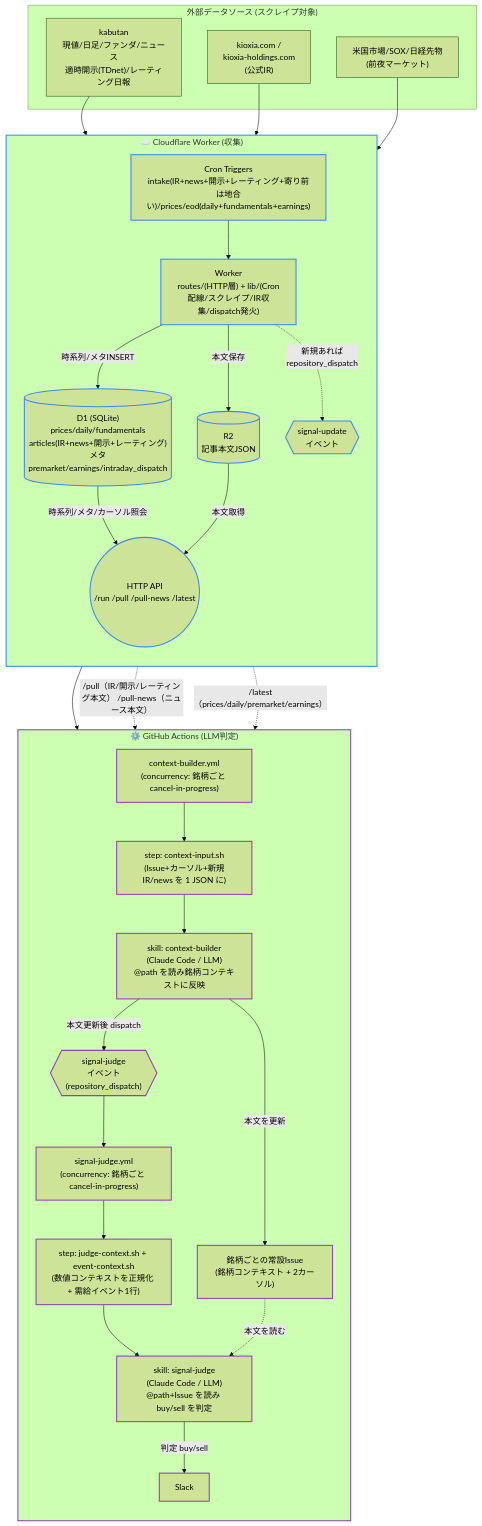
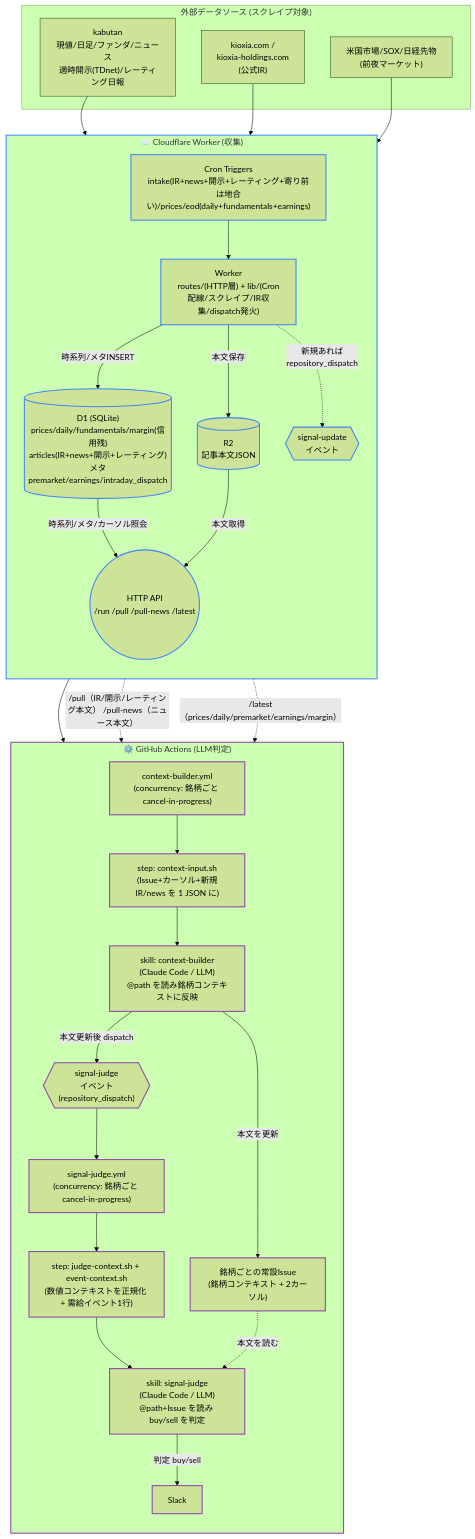
One commit to omni-stove/stock-signals changed the first of 2 diagrams in README.md. Above: the diagram before and after it, drawn with Mermaid (forest theme). The commit also changed other lines of this file and 11 other files, not shown here.

````diff
--- a/README.md
+++ b/README.md
@@ -34,62 +34,62 @@
 ```mermaid
 flowchart TB
     subgraph EXT["外部データソース (スクレイプ対象)"]
         KABUTAN["kabutan<br/>現値/日足/ファンダ/ニュース<br/>適時開示(TDnet)/レーティング日報"]
         KIOXIA["kioxia.com /<br/>kioxia-holdings.com<br/>(公式IR)"]
         MARKET["米国市場/SOX/日経先物<br/>(前夜マーケット)"]
     end
 
     subgraph CLOUD["☁️ Cloudflare Worker (収集)"]
         direction TB
         CRON_CF["Cron Triggers<br/>intake(IR+news+開示+レーティング+寄り前は地合い)/prices/eod(daily+fundamentals+earnings)"]
         WORKER["Worker<br/>routes/(HTTP層) + lib/(Cron配線/スクレイプ/IR収集/dispatch発火)"]
-        D1[("D1 (SQLite)<br/>prices/daily/fundamentals<br/>articles(IR+news+開示+レーティング)メタ<br/>premarket/earnings/intraday_dispatch")]
+        D1[("D1 (SQLite)<br/>prices/daily/fundamentals/margin(信用残)<br/>articles(IR+news+開示+レーティング)メタ<br/>premarket/earnings/intraday_dispatch")]
         R2[("R2<br/>記事本文JSON")]
         API((HTTP API<br/>/run /pull /pull-news /latest))
         CRON_CF --> WORKER
         WORKER -->|時系列/メタINSERT| D1
         WORKER -->|本文保存| R2
         D1 -->|時系列/メタ/カーソル照会| API
         R2 -->|本文取得| API
         WORKER -.->|新規あれば<br/>repository_dispatch| DISPATCH{{"signal-update<br/>イベント"}}
     end
 
     subgraph GHA["⚙️ GitHub Actions (LLM判定)"]
         direction TB
         CTXWF["context-builder.yml<br/>(concurrency: 銘柄ごと cancel-in-progress)"]
         CTXIN["step: context-input.sh<br/>(Issue+カーソル+新規IR/news を 1 JSON に)"]
         CTXSKILL["skill: context-builder<br/>(Claude Code / LLM)<br/>@path を読み銘柄コンテキストに反映"]
         JUDGEDISP{{"signal-judge<br/>イベント<br/>(repository_dispatch)"}}
         JUDGEWF["signal-judge.yml<br/>(concurrency: 銘柄ごと cancel-in-progress)"]
         JUDGECTX["step: judge-context.sh + event-context.sh<br/>(数値コンテキストを正規化 + 需給イベント1行)"]
         JUDGESKILL["skill: signal-judge<br/>(Claude Code / LLM)<br/>@path+Issue を読み buy/sell を判定"]
         ISSUE["銘柄ごとの常設Issue<br/>(銘柄コンテキスト + 2カーソル)"]
         SLACK["Slack"]
         CTXWF --> CTXIN --> CTXSKILL -->|本文を更新| ISSUE
         CTXSKILL -->|本文更新後 dispatch| JUDGEDISP --> JUDGEWF --> JUDGECTX --> JUDGESKILL
         ISSUE -.->|本文を読む| JUDGESKILL
         JUDGESKILL -->|判定 buy/sell| SLACK
     end
 
     %% 外部 → 収集
     KABUTAN --> WORKER
     KIOXIA --> WORKER
     MARKET --> WORKER
 
     %% subgraph を縦に固定 (不可視リンク: subgraph 単位で上下を強制)
     EXT ~~~ CLOUD
     CLOUD ~~~ GHA
 
     %% Worker → Actions
     DISPATCH --> CTXWF
 
     %% Actions → Worker (材料引きは workflow step が代行し skill へ @path で渡す)
     %% 縦積みを崩さぬよう横断する戻り参照は破線 (重み低)
     API -.->|/pull（IR/開示/レーティング本文） /pull-news（ニュース本文）| CTXIN
-    API -.->|/latest（prices/daily/premarket/earnings）| JUDGECTX
+    API -.->|/latest（prices/daily/premarket/earnings/margin）| JUDGECTX
 
     classDef cloud stroke:#4285f4,stroke-width:2px
     classDef gha stroke:#8e44ad,stroke-width:2px
     class CLOUD,CRON_CF,WORKER,D1,R2,API,DISPATCH cloud
     class GHA,CTXWF,CTXIN,CTXSKILL,JUDGEDISP,JUDGEWF,JUDGECTX,JUDGESKILL,ISSUE,SLACK gha
 ```
````
